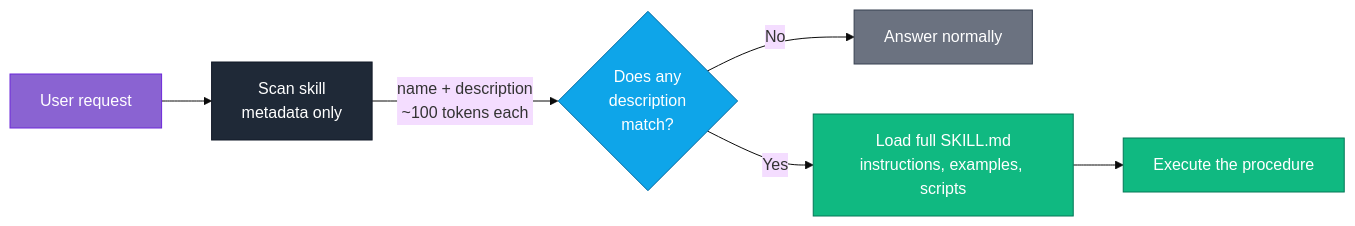
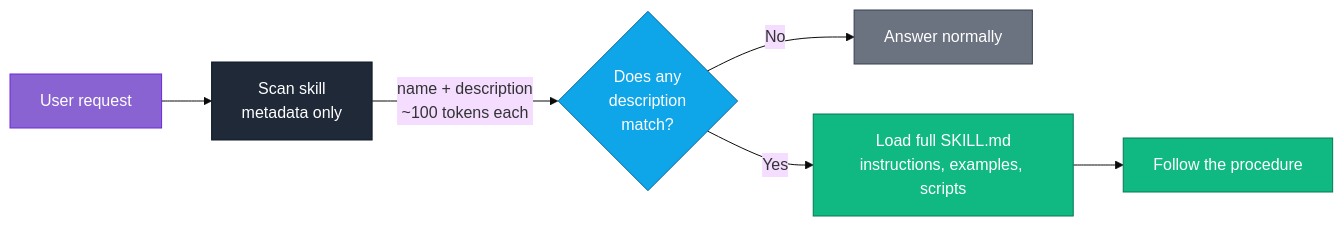
Before and after one commit to deepaksharma0801/ClaudeCode-Skills: the diagram in README.md, drawn with Mermaid (base theme). The commit also changed other lines of this file and 13 other files, not shown here.

````diff
--- a/README.md
+++ b/README.md
@@ -87,15 +89,15 @@
 ```mermaid
 flowchart LR
     A["User request"] --> B["Scan skill<br/>metadata only"]
     B -->|"name + description<br/>~100 tokens each"| C{"Does any<br/>description<br/>match?"}
     C -->|"No"| D["Answer normally"]
     C -->|"Yes"| E["Load full SKILL.md<br/>instructions, examples, scripts"]
-    E --> F["Execute the procedure"]
+    E --> F["Follow the procedure"]
 
+    style A fill:#8A63D2,stroke:#6D28D9,color:#fff
     style B fill:#1F2937,stroke:#111827,color:#fff
-    style A fill:#8A63D2,stroke:#6D28D9,color:#fff
     style C fill:#0EA5E9,stroke:#0369A1,color:#fff
+    style D fill:#6B7280,stroke:#374151,color:#fff
     style E fill:#10B981,stroke:#047857,color:#fff
-    style D fill:#6B7280,stroke:#374151,color:#fff
     style F fill:#10B981,stroke:#047857,color:#fff
 ```
````
